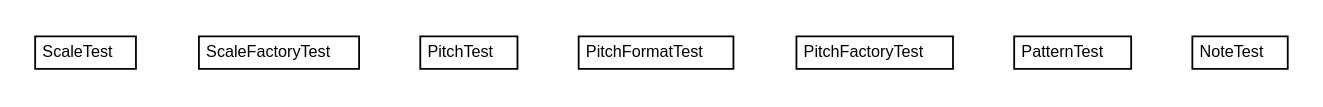
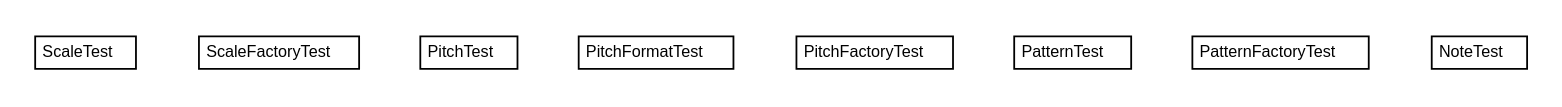
The diagram in rockymusic/testapidocs/com/rockhoppertech/music/com.rockhoppertech.music.dot (genedelisa/rockymusic), drawn with Graphviz before and after one commit. The commit also changed 1337 other files, not shown here.

```diff
--- a/rockymusic/testapidocs/com/rockhoppertech/music/com.rockhoppertech.music.dot
+++ b/rockymusic/testapidocs/com/rockhoppertech/music/com.rockhoppertech.music.dot
@@ -1,54 +1,60 @@
 #!/usr/local/bin/dot
 #
 # Class diagram 
 # Generated by UMLGraph version R5_6-24-gf6e263 (http://www.umlgraph.org/)
 #
 
 digraph G {
 	edge [fontname="Helvetica",fontsize=10,labelfontname="Helvetica",labelfontsize=10];
 	node [fontname="Helvetica",fontsize=10,shape=plaintext];
 	nodesep=0.25;
 	ranksep=0.5;
 	// com.rockhoppertech.music.ScaleTest
-	c151 [label=<<table title="com.rockhoppertech.music.ScaleTest" border="0" cellborder="1" cellspacing="0" cellpadding="2" port="p" href="./ScaleTest.html">
+	c156 [label=<<table title="com.rockhoppertech.music.ScaleTest" border="0" cellborder="1" cellspacing="0" cellpadding="2" port="p" href="./ScaleTest.html">
 		<tr><td><table border="0" cellspacing="0" cellpadding="1">
 <tr><td align="center" balign="center"> ScaleTest </td></tr>
 		</table></td></tr>
 		</table>>, URL="./ScaleTest.html", fontname="Helvetica", fontcolor="black", fontsize=9.0];
 	// com.rockhoppertech.music.ScaleFactoryTest
-	c152 [label=<<table title="com.rockhoppertech.music.ScaleFactoryTest" border="0" cellborder="1" cellspacing="0" cellpadding="2" port="p" href="./ScaleFactoryTest.html">
+	c157 [label=<<table title="com.rockhoppertech.music.ScaleFactoryTest" border="0" cellborder="1" cellspacing="0" cellpadding="2" port="p" href="./ScaleFactoryTest.html">
 		<tr><td><table border="0" cellspacing="0" cellpadding="1">
 <tr><td align="center" balign="center"> ScaleFactoryTest </td></tr>
 		</table></td></tr>
 		</table>>, URL="./ScaleFactoryTest.html", fontname="Helvetica", fontcolor="black", fontsize=9.0];
 	// com.rockhoppertech.music.PitchTest
-	c153 [label=<<table title="com.rockhoppertech.music.PitchTest" border="0" cellborder="1" cellspacing="0" cellpadding="2" port="p" href="./PitchTest.html">
+	c158 [label=<<table title="com.rockhoppertech.music.PitchTest" border="0" cellborder="1" cellspacing="0" cellpadding="2" port="p" href="./PitchTest.html">
 		<tr><td><table border="0" cellspacing="0" cellpadding="1">
 <tr><td align="center" balign="center"> PitchTest </td></tr>
 		</table></td></tr>
 		</table>>, URL="./PitchTest.html", fontname="Helvetica", fontcolor="black", fontsize=9.0];
 	// com.rockhoppertech.music.PitchFormatTest
-	c154 [label=<<table title="com.rockhoppertech.music.PitchFormatTest" border="0" cellborder="1" cellspacing="0" cellpadding="2" port="p" href="./PitchFormatTest.html">
+	c159 [label=<<table title="com.rockhoppertech.music.PitchFormatTest" border="0" cellborder="1" cellspacing="0" cellpadding="2" port="p" href="./PitchFormatTest.html">
 		<tr><td><table border="0" cellspacing="0" cellpadding="1">
 <tr><td align="center" balign="center"> PitchFormatTest </td></tr>
 		</table></td></tr>
 		</table>>, URL="./PitchFormatTest.html", fontname="Helvetica", fontcolor="black", fontsize=9.0];
 	// com.rockhoppertech.music.PitchFactoryTest
-	c155 [label=<<table title="com.rockhoppertech.music.PitchFactoryTest" border="0" cellborder="1" cellspacing="0" cellpadding="2" port="p" href="./PitchFactoryTest.html">
+	c160 [label=<<table title="com.rockhoppertech.music.PitchFactoryTest" border="0" cellborder="1" cellspacing="0" cellpadding="2" port="p" href="./PitchFactoryTest.html">
 		<tr><td><table border="0" cellspacing="0" cellpadding="1">
 <tr><td align="center" balign="center"> PitchFactoryTest </td></tr>
 		</table></td></tr>
 		</table>>, URL="./PitchFactoryTest.html", fontname="Helvetica", fontcolor="black", fontsize=9.0];
 	// com.rockhoppertech.music.PatternTest
-	c156 [label=<<table title="com.rockhoppertech.music.PatternTest" border="0" cellborder="1" cellspacing="0" cellpadding="2" port="p" href="./PatternTest.html">
+	c161 [label=<<table title="com.rockhoppertech.music.PatternTest" border="0" cellborder="1" cellspacing="0" cellpadding="2" port="p" href="./PatternTest.html">
 		<tr><td><table border="0" cellspacing="0" cellpadding="1">
 <tr><td align="center" balign="center"> PatternTest </td></tr>
 		</table></td></tr>
 		</table>>, URL="./PatternTest.html", fontname="Helvetica", fontcolor="black", fontsize=9.0];
+	// com.rockhoppertech.music.PatternFactoryTest
+	c162 [label=<<table title="com.rockhoppertech.music.PatternFactoryTest" border="0" cellborder="1" cellspacing="0" cellpadding="2" port="p" href="./PatternFactoryTest.html">
+		<tr><td><table border="0" cellspacing="0" cellpadding="1">
+<tr><td align="center" balign="center"> PatternFactoryTest </td></tr>
+		</table></td></tr>
+		</table>>, URL="./PatternFactoryTest.html", fontname="Helvetica", fontcolor="black", fontsize=9.0];
 	// com.rockhoppertech.music.NoteTest
-	c157 [label=<<table title="com.rockhoppertech.music.NoteTest" border="0" cellborder="1" cellspacing="0" cellpadding="2" port="p" href="./NoteTest.html">
+	c163 [label=<<table title="com.rockhoppertech.music.NoteTest" border="0" cellborder="1" cellspacing="0" cellpadding="2" port="p" href="./NoteTest.html">
 		<tr><td><table border="0" cellspacing="0" cellpadding="1">
 <tr><td align="center" balign="center"> NoteTest </td></tr>
 		</table></td></tr>
 		</table>>, URL="./NoteTest.html", fontname="Helvetica", fontcolor="black", fontsize=9.0];
 }
```
